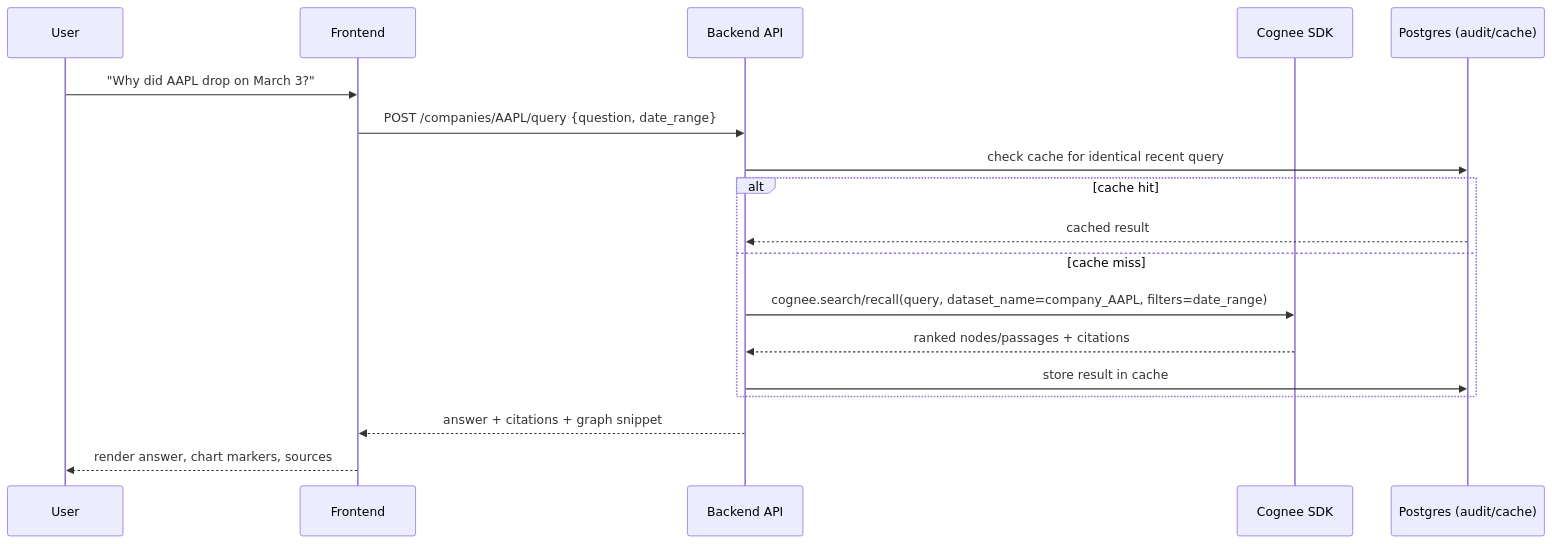
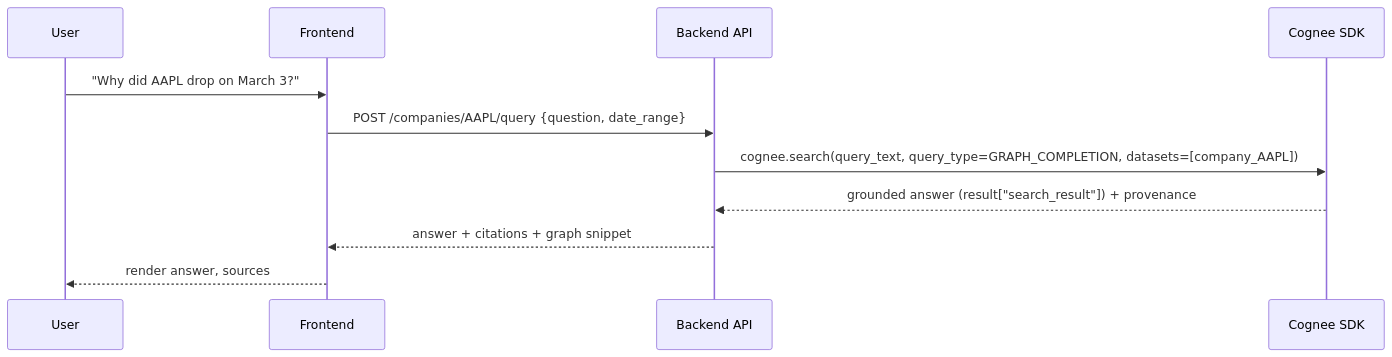
One commit to rahulm820/cognivest changed the third of 3 diagrams in docs/memory-architecture.md. Above: the diagram before and after it, drawn with Mermaid. The commit also changed other lines of this file and 23 other files, not shown here.

````diff
--- a/docs/memory-architecture.md
+++ b/docs/memory-architecture.md
@@ -119,21 +130,14 @@
 ```mermaid
 sequenceDiagram
     participant User
     participant FE as Frontend
     participant API as Backend API
     participant Cog as Cognee SDK
-    participant DB as Postgres (audit/cache)
 
     User->>FE: "Why did AAPL drop on March 3?"
     FE->>API: POST /companies/AAPL/query {question, date_range}
-    API->>DB: check cache for identical recent query
-    alt cache hit
-        DB-->>API: cached result
-    else cache miss
-        API->>Cog: cognee.search/recall(query, dataset_name=company_AAPL, filters=date_range)
-        Cog-->>API: ranked nodes/passages + citations
-        API->>DB: store result in cache
-    end
+    API->>Cog: cognee.search(query_text, query_type=GRAPH_COMPLETION, datasets=[company_AAPL])
+    Cog-->>API: grounded answer (result["search_result"]) + provenance
     API-->>FE: answer + citations + graph snippet
-    FE-->>User: render answer, chart markers, sources
+    FE-->>User: render answer, sources
 ```
````
